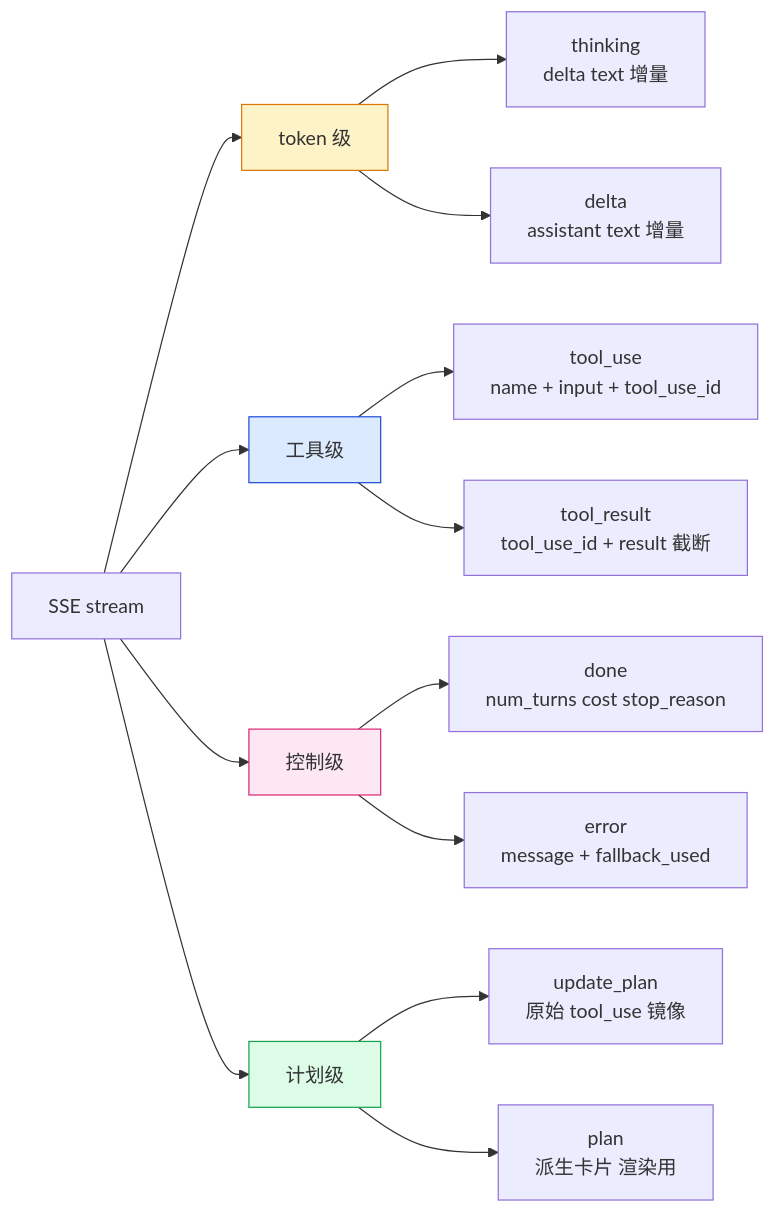
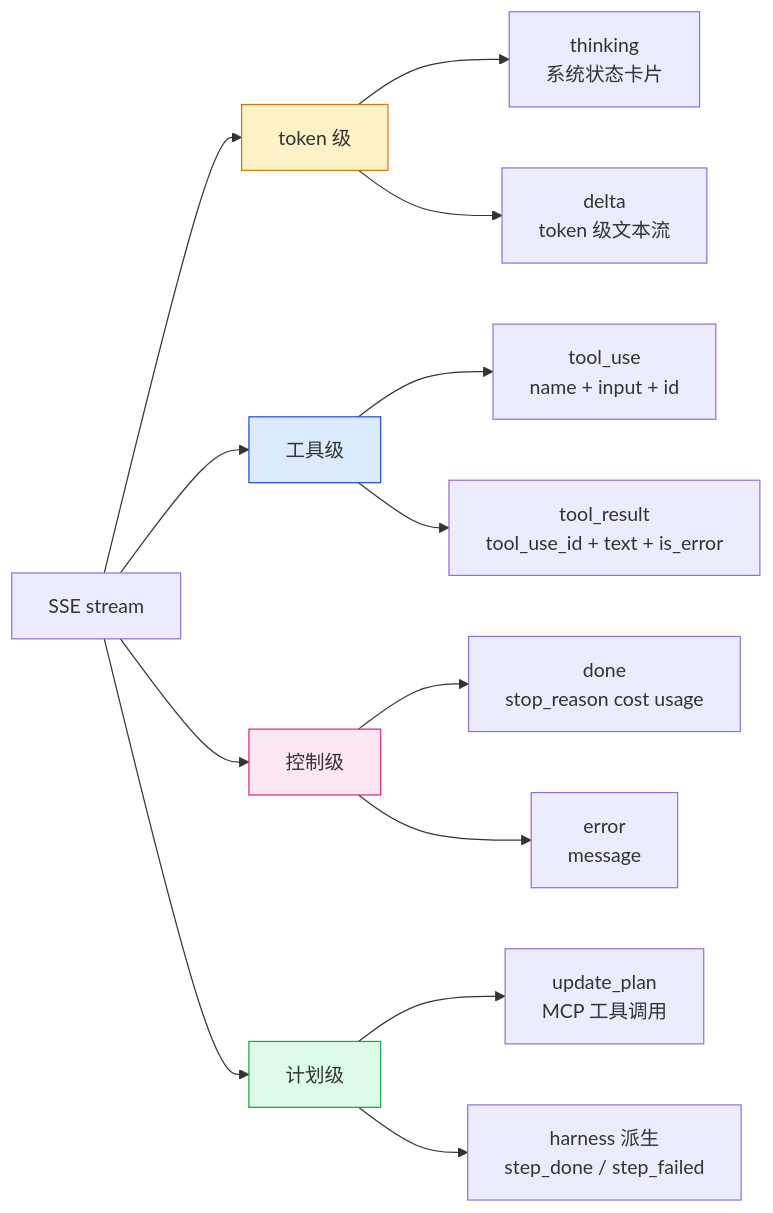
Before and after one commit to ChuangLee/PatentlyPatent: the sixth of 12 diagrams in docs/hld.md, drawn with Mermaid. The commit also changed other lines of this file and 22 other files, not shown here.

````diff
--- a/docs/hld.md
+++ b/docs/hld.md
@@ -373,24 +388,24 @@
 ```mermaid
 graph LR
     classDef tok fill:#fef3c7,stroke:#d97706
     classDef tool fill:#dbeafe,stroke:#1d4ed8
     classDef ctl fill:#fce7f3,stroke:#db2777
     classDef plan fill:#dcfce7,stroke:#16a34a
 
     S[SSE stream] --> TOK[token 级]:::tok
     S --> TOOL[工具级]:::tool
     S --> CTL[控制级]:::ctl
     S --> PLAN[计划级]:::plan
 
-    TOK --> E1[thinking<br/>delta text 增量]
-    TOK --> E2[delta<br/>assistant text 增量]
+    TOK --> E1[thinking<br/>系统状态卡片]
+    TOK --> E2[delta<br/>token 级文本流]
 
-    TOOL --> E3[tool_use<br/>name + input + tool_use_id]
-    TOOL --> E4[tool_result<br/>tool_use_id + result 截断]
+    TOOL --> E3[tool_use<br/>name + input + id]
+    TOOL --> E4[tool_result<br/>tool_use_id + text + is_error]
 
-    CTL --> E5[done<br/>num_turns cost stop_reason]
-    CTL --> E6[error<br/>message + fallback_used]
+    CTL --> E5[done<br/>stop_reason cost usage]
+    CTL --> E6[error<br/>message]
 
-    PLAN --> E7[update_plan<br/>原始 tool_use 镜像]
-    PLAN --> E8[plan<br/>派生卡片 渲染用]
+    PLAN --> E7[update_plan<br/>MCP 工具调用]
+    PLAN --> E8[harness 派生<br/>step_done / step_failed]
 ```
````
